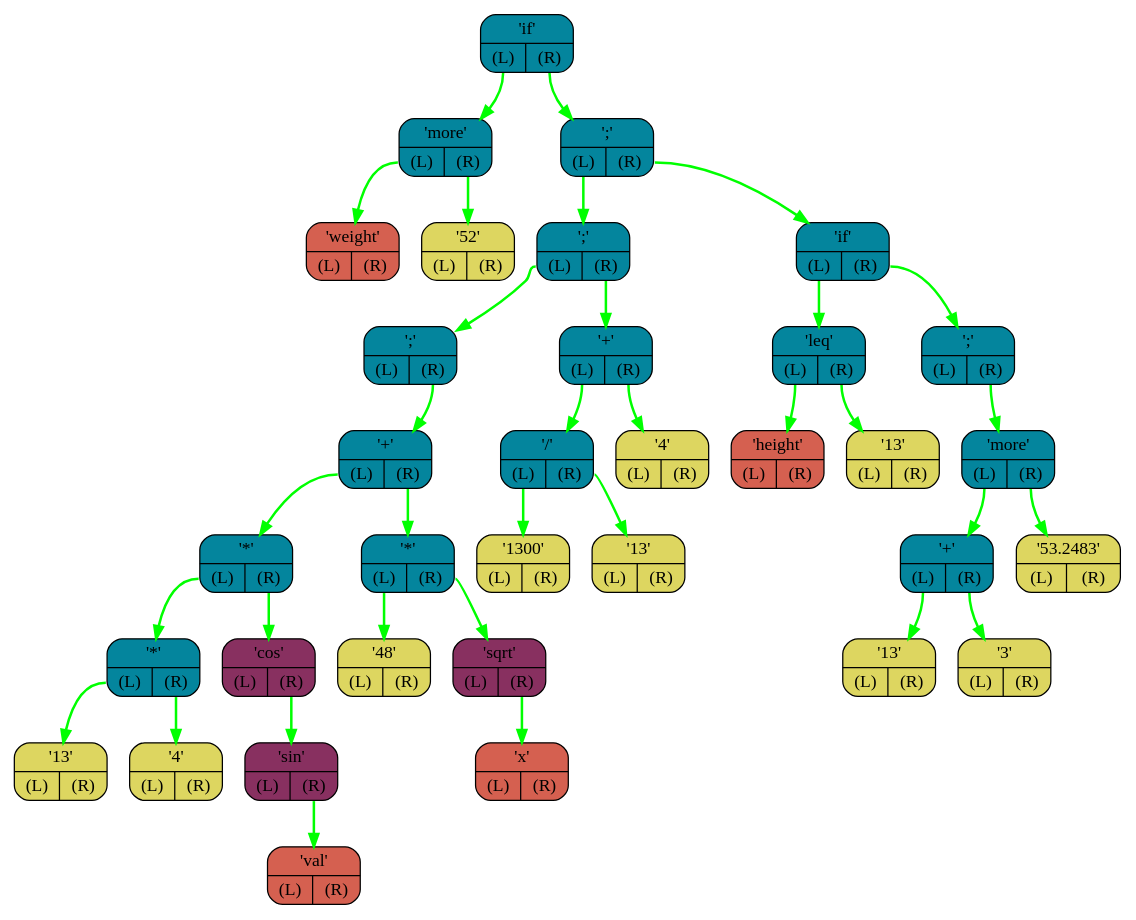
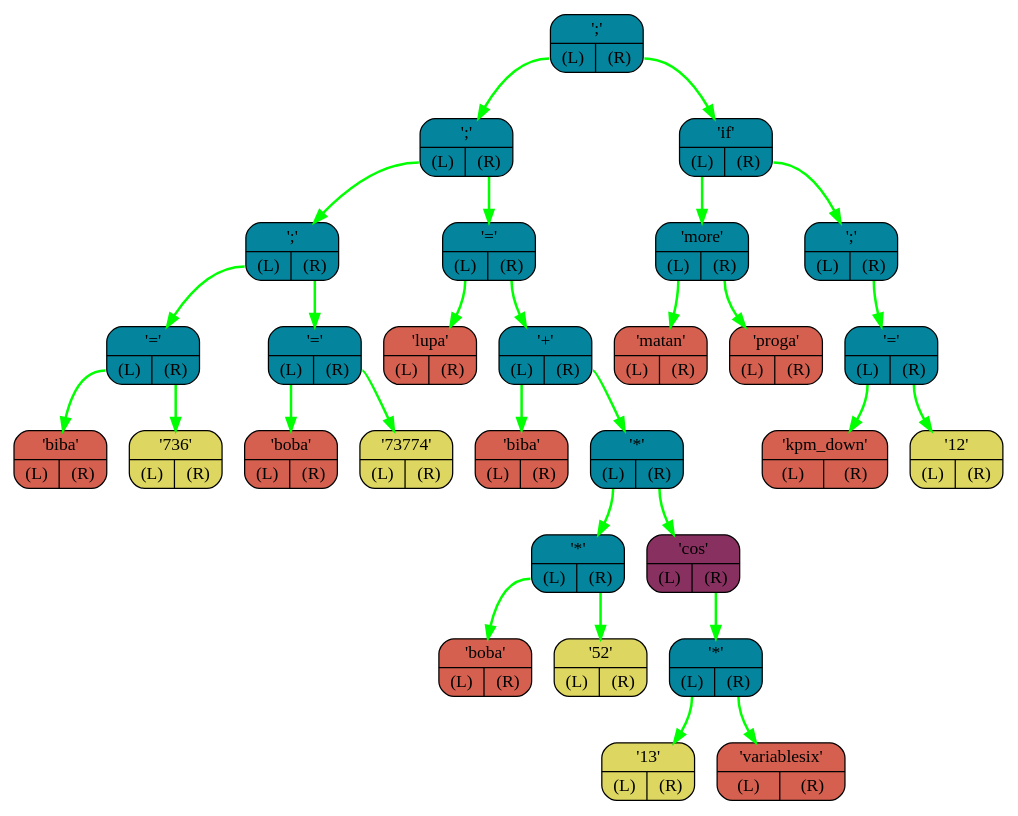
The diagram in FrontEnd/logs/graph.dot (I1Va/OptimaLang), drawn with Graphviz before and after one commit. The commit also changed 18 other files, not shown here.

```diff
--- a/FrontEnd/logs/graph.dot
+++ b/FrontEnd/logs/graph.dot
@@ -1,70 +1,60 @@
 digraph G{
     rankdir=TB;
-    NODE0x7ffe50a6dc98[shape="Mrecord",color="black",fillcolor="#04859D",style="filled",label="{'if' | {<L> (L) | <R> (R)}}"]
-    NODE0x7ffe50a6dcc0[shape="Mrecord",color="black",fillcolor="#04859D",style="filled",label="{'more' | {<L> (L) | <R> (R)}}"]
-    NODE0x7ffe50a6dce8[shape="Mrecord",color="black",fillcolor="#d56050",style="filled",label="{'weight' | {<L> (L) | <R> (R)}}"]
-    NODE0x7ffe50a6dd10[shape="Mrecord",color="black",fillcolor="#ddd660",style="filled",label="{'52' | {<L> (L) | <R> (R)}}"]
-    NODE0x7ffe50a6dd38[shape="Mrecord",color="black",fillcolor="#04859D",style="filled",label="{';' | {<L> (L) | <R> (R)}}"]
-    NODE0x7ffe50a6dd60[shape="Mrecord",color="black",fillcolor="#04859D",style="filled",label="{';' | {<L> (L) | <R> (R)}}"]
-    NODE0x7ffe50a6dd88[shape="Mrecord",color="black",fillcolor="#04859D",style="filled",label="{';' | {<L> (L) | <R> (R)}}"]
-    NODE0x7ffe50a6ddb0[shape="Mrecord",color="black",fillcolor="#04859D",style="filled",label="{'+' | {<L> (L) | <R> (R)}}"]
-    NODE0x7ffe50a6ddd8[shape="Mrecord",color="black",fillcolor="#04859D",style="filled",label="{'*' | {<L> (L) | <R> (R)}}"]
-    NODE0x7ffe50a6de00[shape="Mrecord",color="black",fillcolor="#04859D",style="filled",label="{'*' | {<L> (L) | <R> (R)}}"]
-    NODE0x7ffe50a6de28[shape="Mrecord",color="black",fillcolor="#ddd660",style="filled",label="{'13' | {<L> (L) | <R> (R)}}"]
-    NODE0x7ffe50a6de50[shape="Mrecord",color="black",fillcolor="#ddd660",style="filled",label="{'4' | {<L> (L) | <R> (R)}}"]
-    NODE0x7ffe50a6de78[shape="Mrecord",color="black",fillcolor="#883060",style="filled",label="{'cos' | {<L> (L) | <R> (R)}}"]
-    NODE0x7ffe50a6dea0[shape="Mrecord",color="black",fillcolor="#883060",style="filled",label="{'sin' | {<L> (L) | <R> (R)}}"]
-    NODE0x7ffe50a6dec8[shape="Mrecord",color="black",fillcolor="#d56050",style="filled",label="{'val' | {<L> (L) | <R> (R)}}"]
-    NODE0x7ffe50a6def0[shape="Mrecord",color="black",fillcolor="#04859D",style="filled",label="{'*' | {<L> (L) | <R> (R)}}"]
-    NODE0x7ffe50a6df18[shape="Mrecord",color="black",fillcolor="#ddd660",style="filled",label="{'48' | {<L> (L) | <R> (R)}}"]
-    NODE0x7ffe50a6df40[shape="Mrecord",color="black",fillcolor="#883060",style="filled",label="{'sqrt' | {<L> (L) | <R> (R)}}"]
-    NODE0x7ffe50a6df68[shape="Mrecord",color="black",fillcolor="#d56050",style="filled",label="{'x' | {<L> (L) | <R> (R)}}"]
-    NODE0x7ffe50a6df90[shape="Mrecord",color="black",fillcolor="#04859D",style="filled",label="{'+' | {<L> (L) | <R> (R)}}"]
-    NODE0x7ffe50a6dfb8[shape="Mrecord",color="black",fillcolor="#04859D",style="filled",label="{'/' | {<L> (L) | <R> (R)}}"]
-    NODE0x7ffe50a6dfe0[shape="Mrecord",color="black",fillcolor="#ddd660",style="filled",label="{'1300' | {<L> (L) | <R> (R)}}"]
-    NODE0x7ffe50a6e008[shape="Mrecord",color="black",fillcolor="#ddd660",style="filled",label="{'13' | {<L> (L) | <R> (R)}}"]
-    NODE0x7ffe50a6e030[shape="Mrecord",color="black",fillcolor="#ddd660",style="filled",label="{'4' | {<L> (L) | <R> (R)}}"]
-    NODE0x7ffe50a6e058[shape="Mrecord",color="black",fillcolor="#04859D",style="filled",label="{'if' | {<L> (L) | <R> (R)}}"]
-    NODE0x7ffe50a6e080[shape="Mrecord",color="black",fillcolor="#04859D",style="filled",label="{'leq' | {<L> (L) | <R> (R)}}"]
-    NODE0x7ffe50a6e0a8[shape="Mrecord",color="black",fillcolor="#d56050",style="filled",label="{'height' | {<L> (L) | <R> (R)}}"]
-    NODE0x7ffe50a6e0d0[shape="Mrecord",color="black",fillcolor="#ddd660",style="filled",label="{'13' | {<L> (L) | <R> (R)}}"]
-    NODE0x7ffe50a6e0f8[shape="Mrecord",color="black",fillcolor="#04859D",style="filled",label="{';' | {<L> (L) | <R> (R)}}"]
-    NODE0x7ffe50a6e120[shape="Mrecord",color="black",fillcolor="#04859D",style="filled",label="{'more' | {<L> (L) | <R> (R)}}"]
-    NODE0x7ffe50a6e148[shape="Mrecord",color="black",fillcolor="#04859D",style="filled",label="{'+' | {<L> (L) | <R> (R)}}"]
-    NODE0x7ffe50a6e170[shape="Mrecord",color="black",fillcolor="#ddd660",style="filled",label="{'13' | {<L> (L) | <R> (R)}}"]
-    NODE0x7ffe50a6e198[shape="Mrecord",color="black",fillcolor="#ddd660",style="filled",label="{'3' | {<L> (L) | <R> (R)}}"]
-    NODE0x7ffe50a6e1c0[shape="Mrecord",color="black",fillcolor="#ddd660",style="filled",label="{'53.2483' | {<L> (L) | <R> (R)}}"]
-    NODE0x7ffe50a6dcc0:L-> NODE0x7ffe50a6dce8 [color="#00FF00",penwidth=2,label=""]
-    NODE0x7ffe50a6dcc0:R-> NODE0x7ffe50a6dd10 [color="#00FF00",penwidth=2,label=""]
-    NODE0x7ffe50a6de00:L-> NODE0x7ffe50a6de28 [color="#00FF00",penwidth=2,label=""]
-    NODE0x7ffe50a6de00:R-> NODE0x7ffe50a6de50 [color="#00FF00",penwidth=2,label=""]
-    NODE0x7ffe50a6dea0:R-> NODE0x7ffe50a6dec8 [color="#00FF00",penwidth=2,label=""]
-    NODE0x7ffe50a6de78:R-> NODE0x7ffe50a6dea0 [color="#00FF00",penwidth=2,label=""]
-    NODE0x7ffe50a6ddd8:L-> NODE0x7ffe50a6de00 [color="#00FF00",penwidth=2,label=""]
-    NODE0x7ffe50a6ddd8:R-> NODE0x7ffe50a6de78 [color="#00FF00",penwidth=2,label=""]
-    NODE0x7ffe50a6df40:R-> NODE0x7ffe50a6df68 [color="#00FF00",penwidth=2,label=""]
-    NODE0x7ffe50a6def0:L-> NODE0x7ffe50a6df18 [color="#00FF00",penwidth=2,label=""]
-    NODE0x7ffe50a6def0:R-> NODE0x7ffe50a6df40 [color="#00FF00",penwidth=2,label=""]
-    NODE0x7ffe50a6ddb0:L-> NODE0x7ffe50a6ddd8 [color="#00FF00",penwidth=2,label=""]
-    NODE0x7ffe50a6ddb0:R-> NODE0x7ffe50a6def0 [color="#00FF00",penwidth=2,label=""]
-    NODE0x7ffe50a6dd88:R-> NODE0x7ffe50a6ddb0 [color="#00FF00",penwidth=2,label=""]
-    NODE0x7ffe50a6dfb8:L-> NODE0x7ffe50a6dfe0 [color="#00FF00",penwidth=2,label=""]
-    NODE0x7ffe50a6dfb8:R-> NODE0x7ffe50a6e008 [color="#00FF00",penwidth=2,label=""]
-    NODE0x7ffe50a6df90:L-> NODE0x7ffe50a6dfb8 [color="#00FF00",penwidth=2,label=""]
-    NODE0x7ffe50a6df90:R-> NODE0x7ffe50a6e030 [color="#00FF00",penwidth=2,label=""]
-    NODE0x7ffe50a6dd60:L-> NODE0x7ffe50a6dd88 [color="#00FF00",penwidth=2,label=""]
-    NODE0x7ffe50a6dd60:R-> NODE0x7ffe50a6df90 [color="#00FF00",penwidth=2,label=""]
-    NODE0x7ffe50a6e080:L-> NODE0x7ffe50a6e0a8 [color="#00FF00",penwidth=2,label=""]
-    NODE0x7ffe50a6e080:R-> NODE0x7ffe50a6e0d0 [color="#00FF00",penwidth=2,label=""]
-    NODE0x7ffe50a6e148:L-> NODE0x7ffe50a6e170 [color="#00FF00",penwidth=2,label=""]
-    NODE0x7ffe50a6e148:R-> NODE0x7ffe50a6e198 [color="#00FF00",penwidth=2,label=""]
-    NODE0x7ffe50a6e120:L-> NODE0x7ffe50a6e148 [color="#00FF00",penwidth=2,label=""]
-    NODE0x7ffe50a6e120:R-> NODE0x7ffe50a6e1c0 [color="#00FF00",penwidth=2,label=""]
-    NODE0x7ffe50a6e0f8:R-> NODE0x7ffe50a6e120 [color="#00FF00",penwidth=2,label=""]
-    NODE0x7ffe50a6e058:L-> NODE0x7ffe50a6e080 [color="#00FF00",penwidth=2,label=""]
-    NODE0x7ffe50a6e058:R-> NODE0x7ffe50a6e0f8 [color="#00FF00",penwidth=2,label=""]
-    NODE0x7ffe50a6dd38:L-> NODE0x7ffe50a6dd60 [color="#00FF00",penwidth=2,label=""]
-    NODE0x7ffe50a6dd38:R-> NODE0x7ffe50a6e058 [color="#00FF00",penwidth=2,label=""]
-    NODE0x7ffe50a6dc98:L-> NODE0x7ffe50a6dcc0 [color="#00FF00",penwidth=2,label=""]
-    NODE0x7ffe50a6dc98:R-> NODE0x7ffe50a6dd38 [color="#00FF00",penwidth=2,label=""]
+    NODE0x7fffff20e298[shape="Mrecord",color="black",fillcolor="#04859D",style="filled",label="{';' | {<L> (L) | <R> (R)}}"]
+    NODE0x7fffff20e2c0[shape="Mrecord",color="black",fillcolor="#04859D",style="filled",label="{';' | {<L> (L) | <R> (R)}}"]
+    NODE0x7fffff20e2e8[shape="Mrecord",color="black",fillcolor="#04859D",style="filled",label="{';' | {<L> (L) | <R> (R)}}"]
+    NODE0x7fffff20e310[shape="Mrecord",color="black",fillcolor="#04859D",style="filled",label="{'=' | {<L> (L) | <R> (R)}}"]
+    NODE0x7fffff20e338[shape="Mrecord",color="black",fillcolor="#d56050",style="filled",label="{'biba' | {<L> (L) | <R> (R)}}"]
+    NODE0x7fffff20e360[shape="Mrecord",color="black",fillcolor="#ddd660",style="filled",label="{'736' | {<L> (L) | <R> (R)}}"]
+    NODE0x7fffff20e388[shape="Mrecord",color="black",fillcolor="#04859D",style="filled",label="{'=' | {<L> (L) | <R> (R)}}"]
+    NODE0x7fffff20e3b0[shape="Mrecord",color="black",fillcolor="#d56050",style="filled",label="{'boba' | {<L> (L) | <R> (R)}}"]
+    NODE0x7fffff20e3d8[shape="Mrecord",color="black",fillcolor="#ddd660",style="filled",label="{'73774' | {<L> (L) | <R> (R)}}"]
+    NODE0x7fffff20e400[shape="Mrecord",color="black",fillcolor="#04859D",style="filled",label="{'=' | {<L> (L) | <R> (R)}}"]
+    NODE0x7fffff20e428[shape="Mrecord",color="black",fillcolor="#d56050",style="filled",label="{'lupa' | {<L> (L) | <R> (R)}}"]
+    NODE0x7fffff20e450[shape="Mrecord",color="black",fillcolor="#04859D",style="filled",label="{'+' | {<L> (L) | <R> (R)}}"]
+    NODE0x7fffff20e478[shape="Mrecord",color="black",fillcolor="#d56050",style="filled",label="{'biba' | {<L> (L) | <R> (R)}}"]
+    NODE0x7fffff20e4a0[shape="Mrecord",color="black",fillcolor="#04859D",style="filled",label="{'*' | {<L> (L) | <R> (R)}}"]
+    NODE0x7fffff20e4c8[shape="Mrecord",color="black",fillcolor="#04859D",style="filled",label="{'*' | {<L> (L) | <R> (R)}}"]
+    NODE0x7fffff20e4f0[shape="Mrecord",color="black",fillcolor="#d56050",style="filled",label="{'boba' | {<L> (L) | <R> (R)}}"]
+    NODE0x7fffff20e518[shape="Mrecord",color="black",fillcolor="#ddd660",style="filled",label="{'52' | {<L> (L) | <R> (R)}}"]
+    NODE0x7fffff20e540[shape="Mrecord",color="black",fillcolor="#883060",style="filled",label="{'cos' | {<L> (L) | <R> (R)}}"]
+    NODE0x7fffff20e568[shape="Mrecord",color="black",fillcolor="#04859D",style="filled",label="{'*' | {<L> (L) | <R> (R)}}"]
+    NODE0x7fffff20e590[shape="Mrecord",color="black",fillcolor="#ddd660",style="filled",label="{'13' | {<L> (L) | <R> (R)}}"]
+    NODE0x7fffff20e5b8[shape="Mrecord",color="black",fillcolor="#d56050",style="filled",label="{'variablesix' | {<L> (L) | <R> (R)}}"]
+    NODE0x7fffff20e5e0[shape="Mrecord",color="black",fillcolor="#04859D",style="filled",label="{'if' | {<L> (L) | <R> (R)}}"]
+    NODE0x7fffff20e608[shape="Mrecord",color="black",fillcolor="#04859D",style="filled",label="{'more' | {<L> (L) | <R> (R)}}"]
+    NODE0x7fffff20e630[shape="Mrecord",color="black",fillcolor="#d56050",style="filled",label="{'matan' | {<L> (L) | <R> (R)}}"]
+    NODE0x7fffff20e658[shape="Mrecord",color="black",fillcolor="#d56050",style="filled",label="{'proga' | {<L> (L) | <R> (R)}}"]
+    NODE0x7fffff20e680[shape="Mrecord",color="black",fillcolor="#04859D",style="filled",label="{';' | {<L> (L) | <R> (R)}}"]
+    NODE0x7fffff20e6a8[shape="Mrecord",color="black",fillcolor="#04859D",style="filled",label="{'=' | {<L> (L) | <R> (R)}}"]
+    NODE0x7fffff20e6d0[shape="Mrecord",color="black",fillcolor="#d56050",style="filled",label="{'kpm_down' | {<L> (L) | <R> (R)}}"]
+    NODE0x7fffff20e6f8[shape="Mrecord",color="black",fillcolor="#ddd660",style="filled",label="{'12' | {<L> (L) | <R> (R)}}"]
+    NODE0x7fffff20e310:L-> NODE0x7fffff20e338 [color="#00FF00",penwidth=2,label=""]
+    NODE0x7fffff20e310:R-> NODE0x7fffff20e360 [color="#00FF00",penwidth=2,label=""]
+    NODE0x7fffff20e388:L-> NODE0x7fffff20e3b0 [color="#00FF00",penwidth=2,label=""]
+    NODE0x7fffff20e388:R-> NODE0x7fffff20e3d8 [color="#00FF00",penwidth=2,label=""]
+    NODE0x7fffff20e2e8:L-> NODE0x7fffff20e310 [color="#00FF00",penwidth=2,label=""]
+    NODE0x7fffff20e2e8:R-> NODE0x7fffff20e388 [color="#00FF00",penwidth=2,label=""]
+    NODE0x7fffff20e4c8:L-> NODE0x7fffff20e4f0 [color="#00FF00",penwidth=2,label=""]
+    NODE0x7fffff20e4c8:R-> NODE0x7fffff20e518 [color="#00FF00",penwidth=2,label=""]
+    NODE0x7fffff20e568:L-> NODE0x7fffff20e590 [color="#00FF00",penwidth=2,label=""]
+    NODE0x7fffff20e568:R-> NODE0x7fffff20e5b8 [color="#00FF00",penwidth=2,label=""]
+    NODE0x7fffff20e540:R-> NODE0x7fffff20e568 [color="#00FF00",penwidth=2,label=""]
+    NODE0x7fffff20e4a0:L-> NODE0x7fffff20e4c8 [color="#00FF00",penwidth=2,label=""]
+    NODE0x7fffff20e4a0:R-> NODE0x7fffff20e540 [color="#00FF00",penwidth=2,label=""]
+    NODE0x7fffff20e450:L-> NODE0x7fffff20e478 [color="#00FF00",penwidth=2,label=""]
+    NODE0x7fffff20e450:R-> NODE0x7fffff20e4a0 [color="#00FF00",penwidth=2,label=""]
+    NODE0x7fffff20e400:L-> NODE0x7fffff20e428 [color="#00FF00",penwidth=2,label=""]
+    NODE0x7fffff20e400:R-> NODE0x7fffff20e450 [color="#00FF00",penwidth=2,label=""]
+    NODE0x7fffff20e2c0:L-> NODE0x7fffff20e2e8 [color="#00FF00",penwidth=2,label=""]
+    NODE0x7fffff20e2c0:R-> NODE0x7fffff20e400 [color="#00FF00",penwidth=2,label=""]
+    NODE0x7fffff20e608:L-> NODE0x7fffff20e630 [color="#00FF00",penwidth=2,label=""]
+    NODE0x7fffff20e608:R-> NODE0x7fffff20e658 [color="#00FF00",penwidth=2,label=""]
+    NODE0x7fffff20e6a8:L-> NODE0x7fffff20e6d0 [color="#00FF00",penwidth=2,label=""]
+    NODE0x7fffff20e6a8:R-> NODE0x7fffff20e6f8 [color="#00FF00",penwidth=2,label=""]
+    NODE0x7fffff20e680:R-> NODE0x7fffff20e6a8 [color="#00FF00",penwidth=2,label=""]
+    NODE0x7fffff20e5e0:L-> NODE0x7fffff20e608 [color="#00FF00",penwidth=2,label=""]
+    NODE0x7fffff20e5e0:R-> NODE0x7fffff20e680 [color="#00FF00",penwidth=2,label=""]
+    NODE0x7fffff20e298:L-> NODE0x7fffff20e2c0 [color="#00FF00",penwidth=2,label=""]
+    NODE0x7fffff20e298:R-> NODE0x7fffff20e5e0 [color="#00FF00",penwidth=2,label=""]
 }
```
